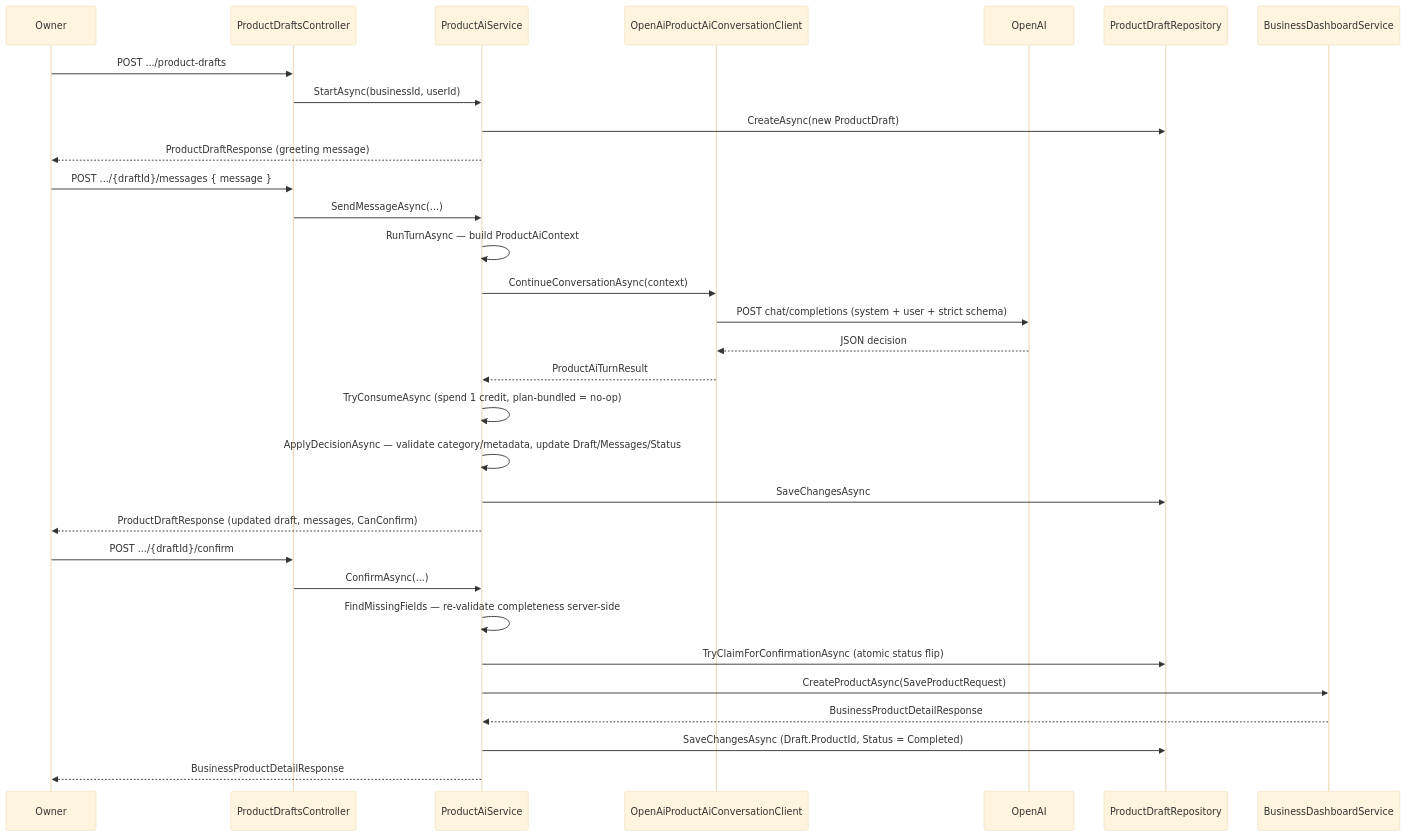
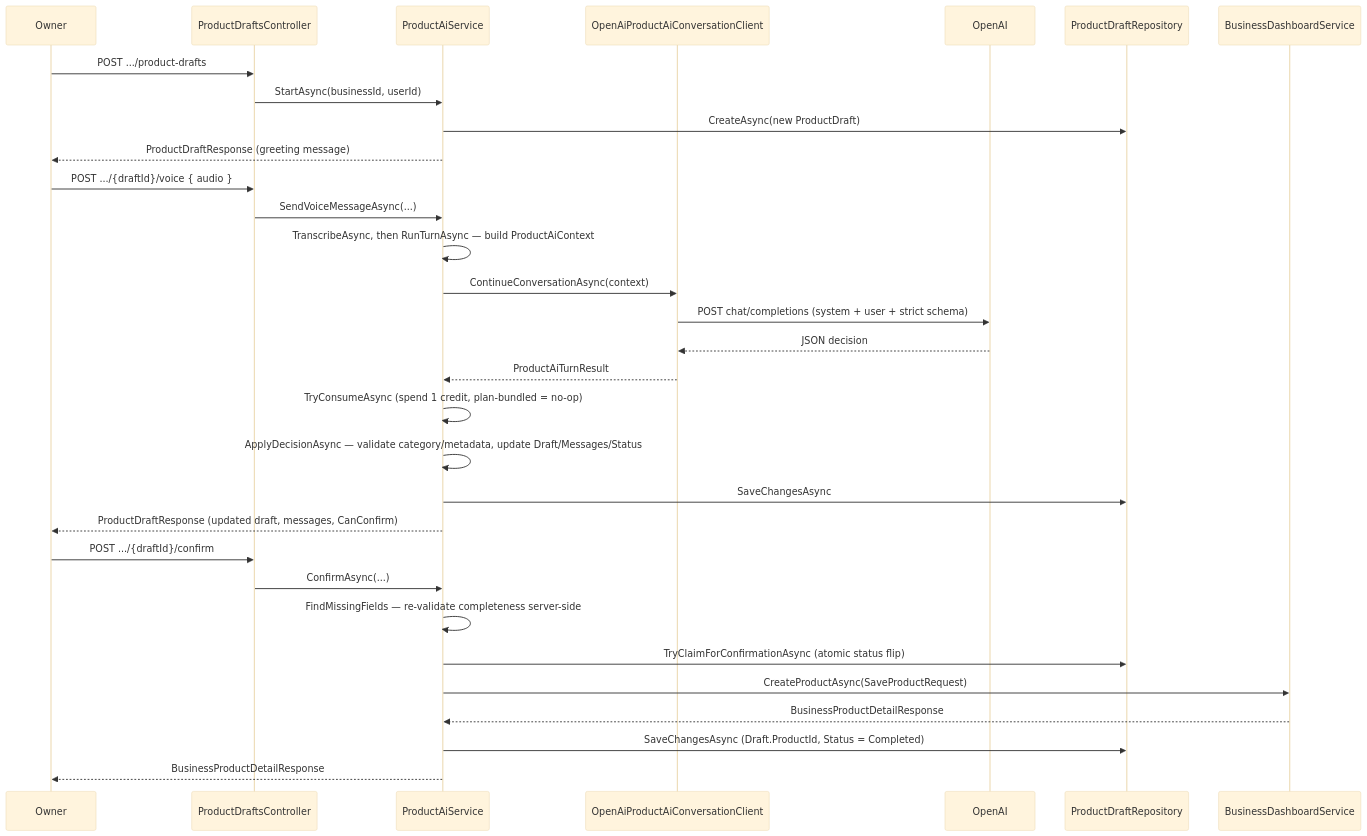
One commit to MohammadRstm/MerchantForge changed the second of 2 diagrams in docs/ai/product-generation.md. Above: the diagram before and after it, drawn with Mermaid (base theme). The commit also changed other lines of this file and 10 other files, not shown here.

First line of the commit message:
feat: make AI product creation voice-only, remove the text-message path

````diff
--- a/docs/ai/product-generation.md
+++ b/docs/ai/product-generation.md
@@ -95,36 +95,36 @@
 ```mermaid
 sequenceDiagram
     participant Owner
     participant Controller as ProductDraftsController
     participant Service as ProductAiService
     participant Client as OpenAiProductAiConversationClient
     participant OpenAI
     participant Repo as ProductDraftRepository
     participant DashSvc as BusinessDashboardService
 
     Owner->>Controller: POST .../product-drafts
     Controller->>Service: StartAsync(businessId, userId)
     Service->>Repo: CreateAsync(new ProductDraft)
     Service-->>Owner: ProductDraftResponse (greeting message)
 
-    Owner->>Controller: POST .../{draftId}/messages { message }
-    Controller->>Service: SendMessageAsync(...)
-    Service->>Service: RunTurnAsync — build ProductAiContext
+    Owner->>Controller: POST .../{draftId}/voice { audio }
+    Controller->>Service: SendVoiceMessageAsync(...)
+    Service->>Service: TranscribeAsync, then RunTurnAsync — build ProductAiContext
     Service->>Client: ContinueConversationAsync(context)
     Client->>OpenAI: POST chat/completions (system + user + strict schema)
     OpenAI-->>Client: JSON decision
     Client-->>Service: ProductAiTurnResult
     Service->>Service: TryConsumeAsync (spend 1 credit, plan-bundled = no-op)
     Service->>Service: ApplyDecisionAsync — validate category/metadata, update Draft/Messages/Status
     Service->>Repo: SaveChangesAsync
     Service-->>Owner: ProductDraftResponse (updated draft, messages, CanConfirm)
 
     Owner->>Controller: POST .../{draftId}/confirm
     Controller->>Service: ConfirmAsync(...)
     Service->>Service: FindMissingFields — re-validate completeness server-side
     Service->>Repo: TryClaimForConfirmationAsync (atomic status flip)
     Service->>DashSvc: CreateProductAsync(SaveProductRequest)
     DashSvc-->>Service: BusinessProductDetailResponse
     Service->>Repo: SaveChangesAsync (Draft.ProductId, Status = Completed)
     Service-->>Owner: BusinessProductDetailResponse
 ```
````
